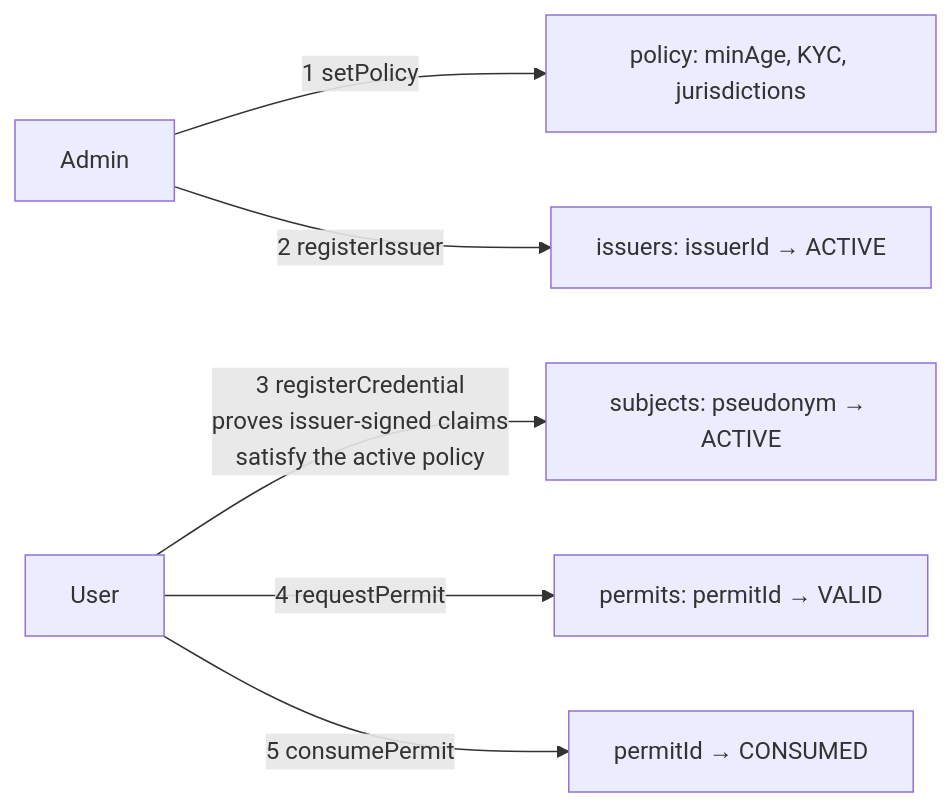
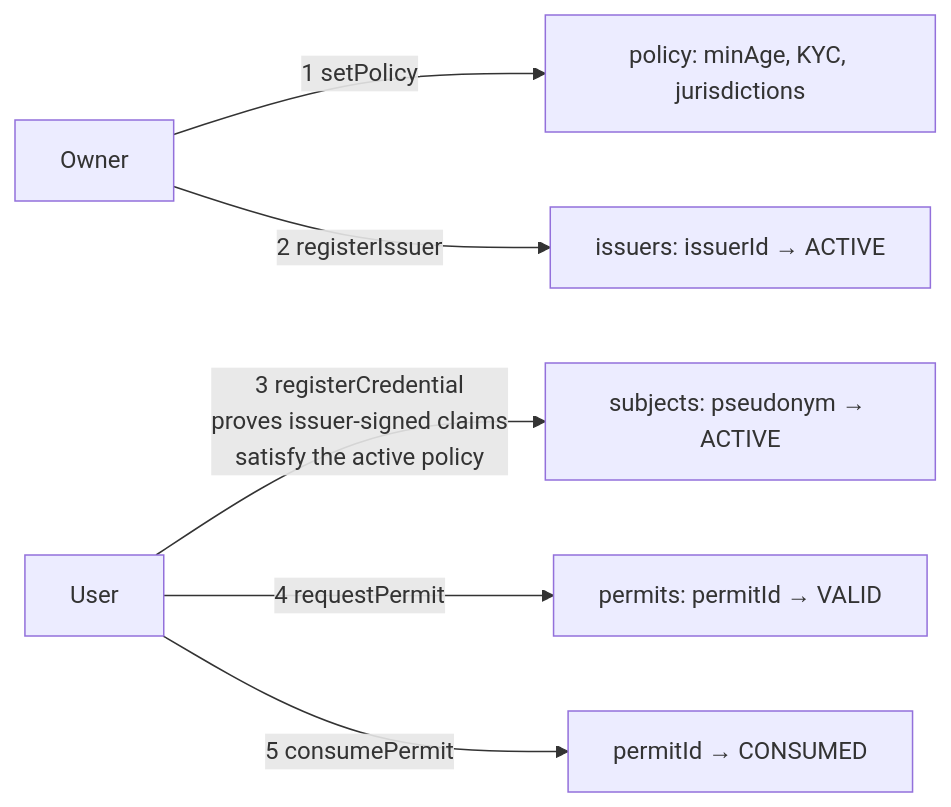
One commit to sudha16-sketc/ProofGate changed the second of 4 diagrams in PROJECT_GUIDE.md. Above: the diagram before and after it, drawn with Mermaid. The commit also changed other lines of this file and 138 other files, not shown here.

````diff
--- a/PROJECT_GUIDE.md
+++ b/PROJECT_GUIDE.md
@@ -174,8 +182,8 @@
 ```mermaid
 flowchart LR
-    ADMIN[Admin] -->|1 setPolicy| POLICY[policy: minAge, KYC, jurisdictions]
-    ADMIN[Admin] -->|2 registerIssuer| ISSUERS[issuers: issuerId → ACTIVE]
+    OWNER[Owner] -->|1 setPolicy| POLICY[policy: minAge, KYC, jurisdictions]
+    OWNER[Owner] -->|2 registerIssuer| ISSUERS[issuers: issuerId → ACTIVE]
     USER[User] -->|3 registerCredential<br/>proves issuer-signed claims<br/>satisfy the active policy| SUBJECTS[subjects: pseudonym → ACTIVE]
     USER -->|4 requestPermit| PERMITS[permits: permitId → VALID]
     USER -->|5 consumePermit| CONSUMED[permitId → CONSUMED]
 ```
````
